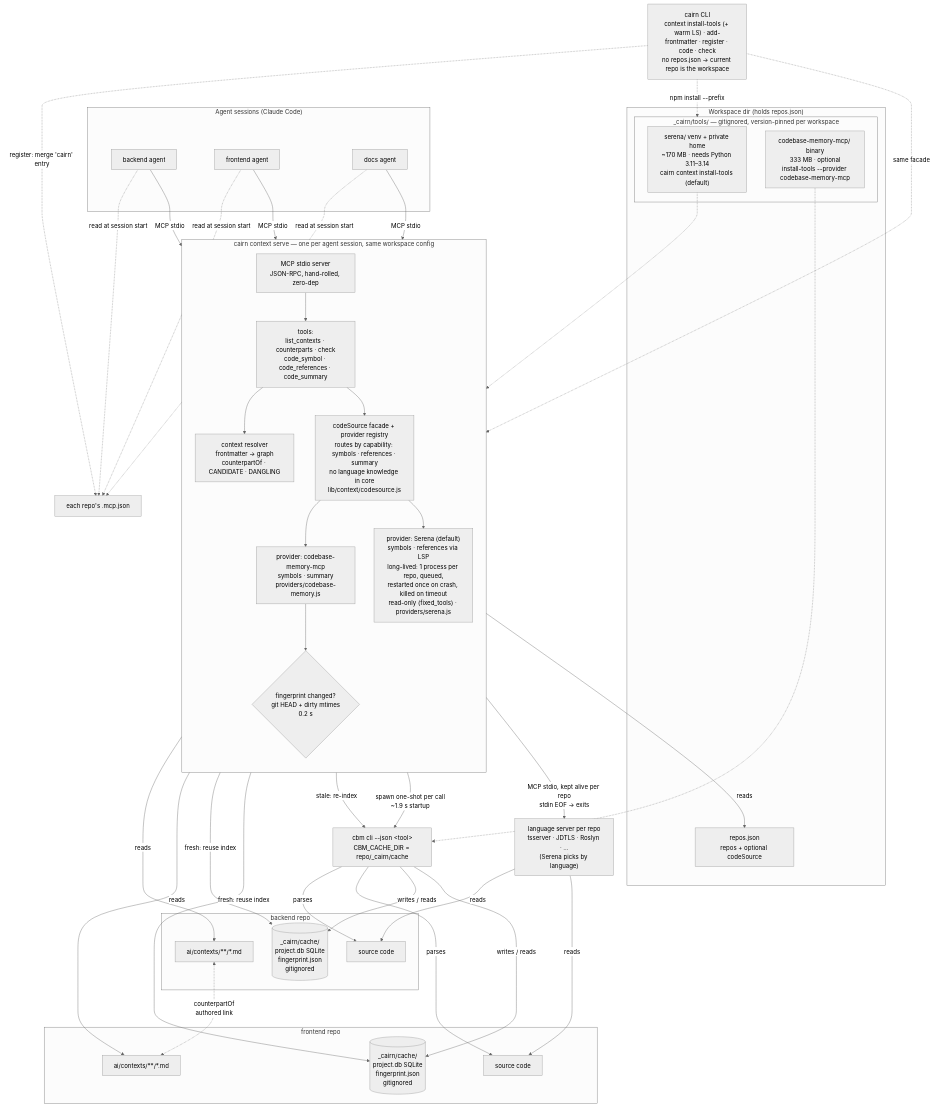
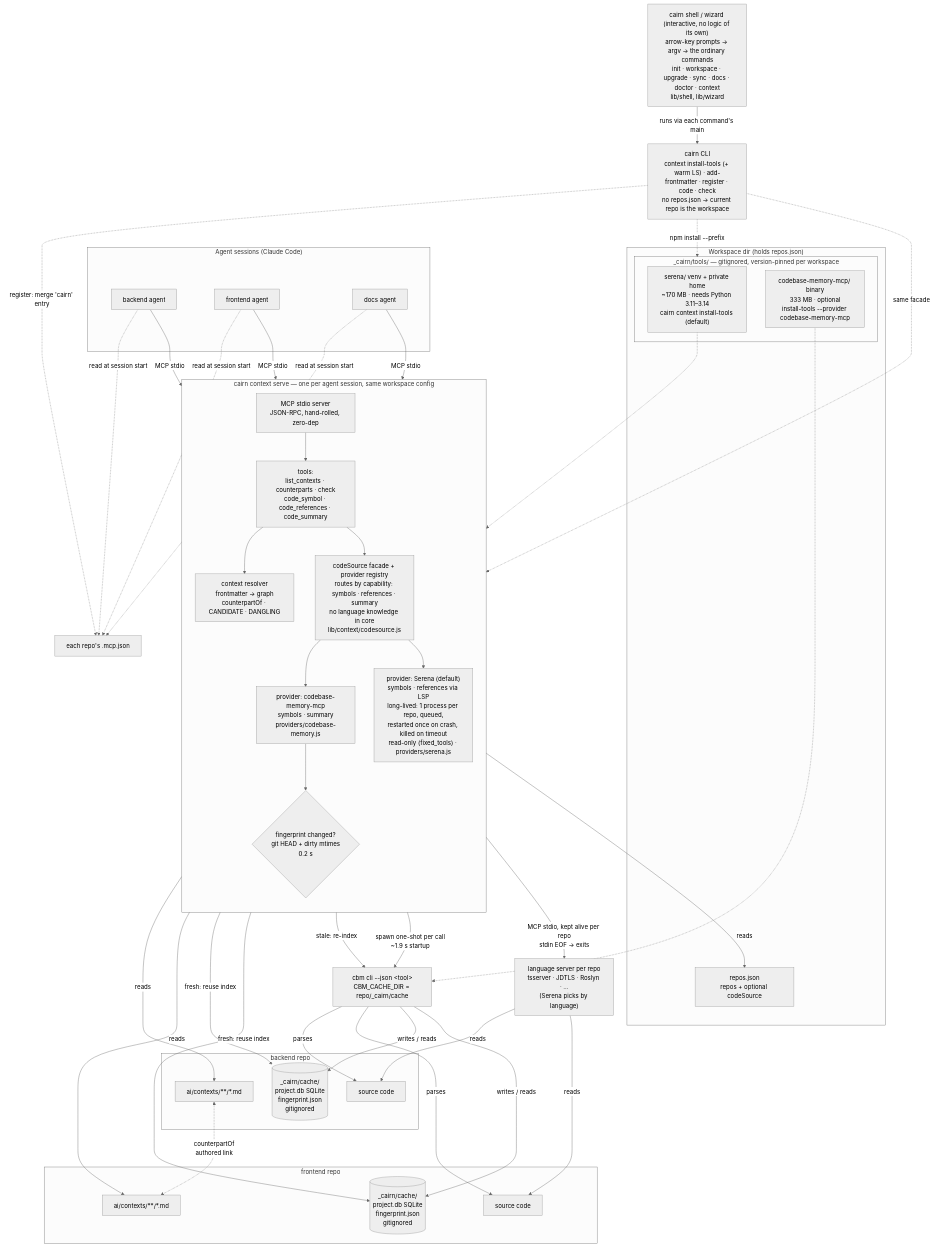
Before and after one commit to StonePandaStudio/cairn: the diagram in infrastructure.mmd, drawn with Mermaid (neutral theme).

Commit message:
infrastructure.mmd: show the interactive shell in front of the CLI

```diff
--- a/infrastructure.mmd
+++ b/infrastructure.mmd
@@ -1,64 +1,66 @@
 flowchart TB
     subgraph Agents["Agent sessions (Claude Code)"]
         A1["backend agent"]
         A2["frontend agent"]
         A3["docs agent"]
     end
 
     subgraph Serve["cairn context serve — one per agent session, same workspace config"]
         direction TB
         MCP["MCP stdio server<br/>JSON-RPC, hand-rolled, zero-dep"]
         TOOLS["tools:<br/>list_contexts · counterparts · check<br/>code_symbol · code_references · code_summary"]
         RES["context resolver<br/>frontmatter → graph<br/>counterpartOf · CANDIDATE · DANGLING"]
         CS["codeSource facade + provider registry<br/>routes by capability: symbols · references · summary<br/>no language knowledge in core<br/>lib/context/codesource.js"]
         PROV["provider: codebase-memory-mcp<br/>symbols · summary<br/>providers/codebase-memory.js"]
         SER["provider: Serena (default)<br/>symbols · references via LSP<br/>long-lived: 1 process per repo, queued,<br/>restarted once on crash, killed on timeout<br/>read-only (fixed_tools) · providers/serena.js"]
         GATE{"fingerprint changed?<br/>git HEAD + dirty mtimes<br/>0.2 s"}
         MCP --> TOOLS
         TOOLS --> RES
         TOOLS --> CS
         CS --> PROV
         CS --> SER
         PROV --> GATE
     end
 
     subgraph WS["Workspace dir (holds repos.json)"]
         CFG["repos.json<br/>repos + optional codeSource"]
         subgraph TOOLDIR["_cairn/tools/ — gitignored, version-pinned per workspace"]
             SBIN["serena/ venv + private home<br/>~170 MB · needs Python 3.11–3.14<br/>cairn context install-tools (default)"]
             BIN["codebase-memory-mcp/ binary<br/>333 MB · optional<br/>install-tools --provider codebase-memory-mcp"]
         end
     end
 
     subgraph R1["backend repo"]
         D1["ai/contexts/**/*.md"]
         S1["source code"]
         C1[("_cairn/cache/<br/>project.db SQLite<br/>fingerprint.json<br/>gitignored")]
     end
 
     subgraph R2["frontend repo"]
         D2["ai/contexts/**/*.md"]
         S2["source code"]
         C2[("_cairn/cache/<br/>project.db SQLite<br/>fingerprint.json<br/>gitignored")]
     end
 
     A1 & A2 & A3 -- "MCP stdio" --> MCP
 
     RES -- "reads" --> CFG
     RES -- "reads" --> D1 & D2
     D1 <-. "counterpartOf<br/>authored link" .-> D2
 
     GATE -- "fresh: reuse index" --> C1 & C2
     GATE -- "stale: re-index" --> ONE
     PROV -- "spawn one-shot per call<br/>~1.9 s startup" --> ONE["cbm cli --json &lt;tool&gt;<br/>CBM_CACHE_DIR = repo/_cairn/cache"]
     BIN -.-> ONE
     SBIN -.-> SER
     SER -- "MCP stdio, kept alive per repo<br/>stdin EOF → exits" --> LS["language server per repo<br/>tsserver · JDTLS · Roslyn · …<br/>(Serena picks by language)"]
     LS -- "reads" --> S1 & S2
     ONE -- "parses" --> S1 & S2
     ONE -- "writes / reads" --> C1 & C2
 
     CLI["cairn CLI<br/>context install-tools (+ warm LS) · add-frontmatter · register · code · check<br/>no repos.json → current repo is the workspace"] -. "same facade" .-> CS
     CLI -. "npm install --prefix" .-> TOOLDIR
     CLI -. "register: merge 'cairn' entry" .-> MCPJ["each repo's .mcp.json"]
     A1 & A2 & A3 -. "read at session start" .-> MCPJ
+
+    SHELL["cairn shell / wizard (interactive, no logic of its own)<br/>arrow-key prompts → argv → the ordinary commands<br/>init · workspace · upgrade · sync · docs · doctor · context<br/>lib/shell, lib/wizard"] -- "runs via each command's main" --> CLI
```
